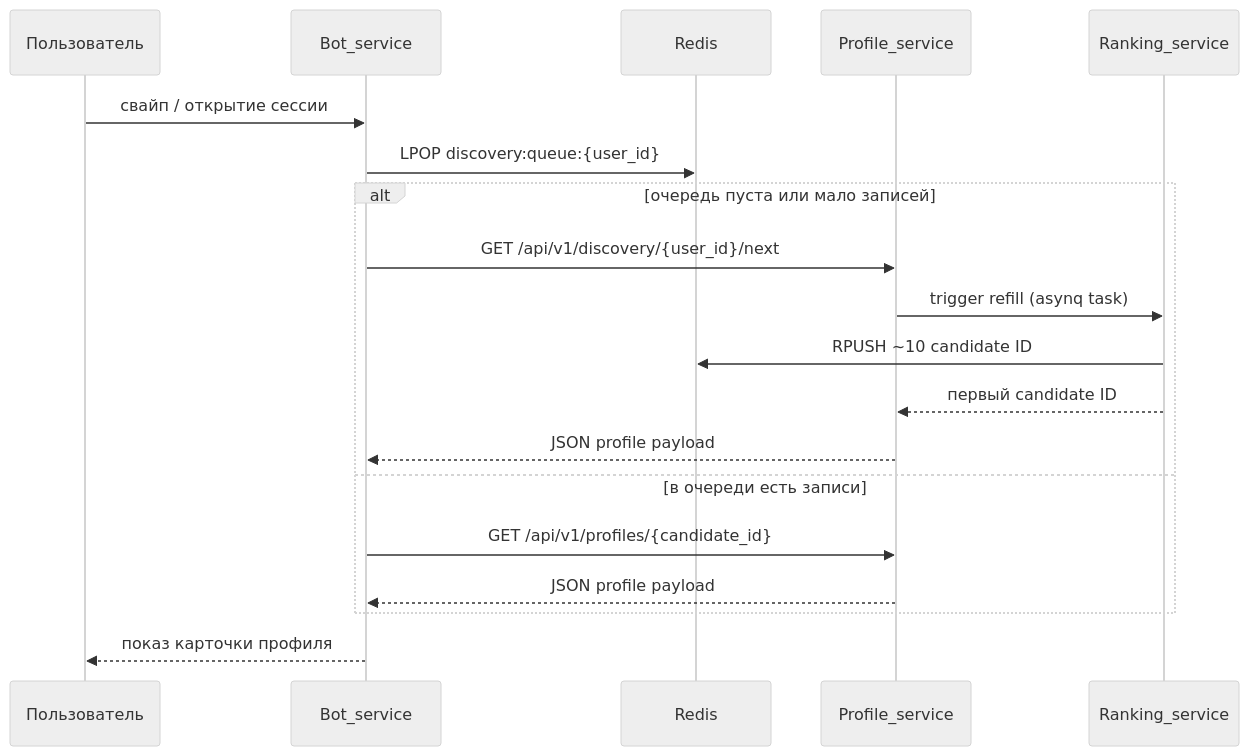
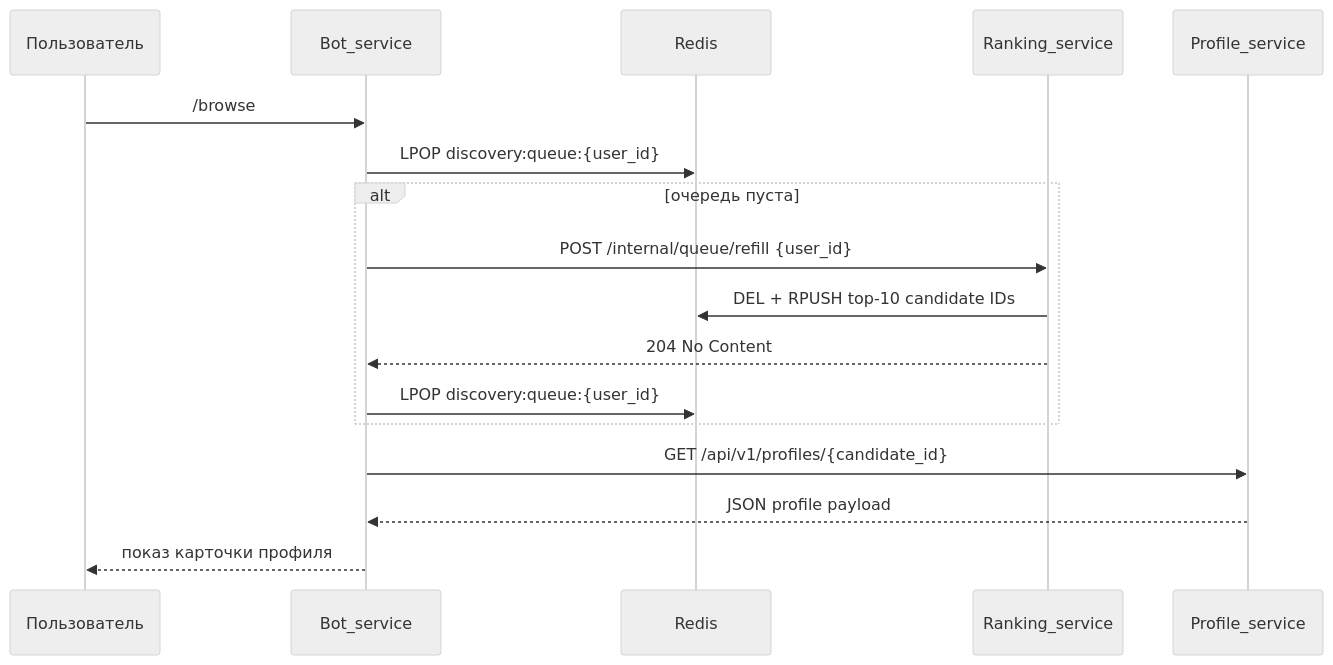
Before and after one commit to kurt4ins/drizzy: the third of 3 diagrams in docs/architecture.md, drawn with Mermaid (neutral theme). The commit also changed other lines of this file and 36 other files, not shown here.

````diff
--- a/docs/architecture.md
+++ b/docs/architecture.md
@@ -108,21 +117,19 @@
 ```mermaid
 sequenceDiagram
   participant U as Пользователь
   participant Bot as Bot_service
   participant R as Redis
+  participant Rank as Ranking_service
   participant Prof as Profile_service
-  participant Rank as Ranking_service
-  U->>Bot: свайп / открытие сессии
+  U->>Bot: /browse
   Bot->>R: LPOP discovery:queue:{user_id}
-  alt очередь пуста или мало записей
-    Bot->>Prof: GET /api/v1/discovery/{user_id}/next
-    Prof->>Rank: trigger refill (asynq task)
-    Rank->>R: RPUSH ~10 candidate ID
-    Rank-->>Prof: первый candidate ID
-    Prof-->>Bot: JSON profile payload
-  else в очереди есть записи
-    Bot->>Prof: GET /api/v1/profiles/{candidate_id}
-    Prof-->>Bot: JSON profile payload
+  alt очередь пуста
+    Bot->>Rank: POST /internal/queue/refill {user_id}
+    Rank->>R: DEL + RPUSH top-10 candidate IDs
+    Rank-->>Bot: 204 No Content
+    Bot->>R: LPOP discovery:queue:{user_id}
   end
+  Bot->>Prof: GET /api/v1/profiles/{candidate_id}
+  Prof-->>Bot: JSON profile payload
   Bot-->>U: показ карточки профиля
 ```
````
